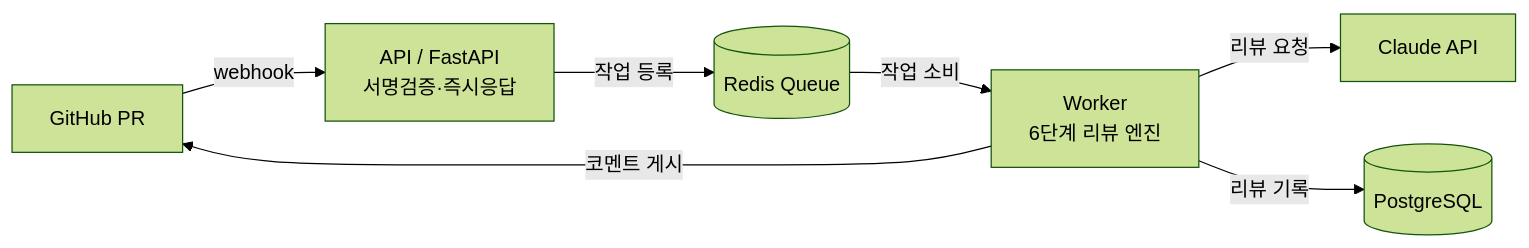
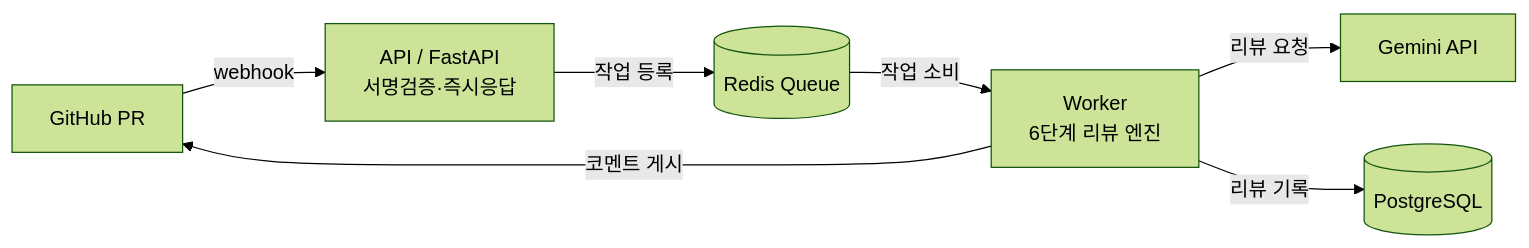
One commit to SkyWith628/codesage changed the first of 2 diagrams in README.md. Above: the diagram before and after it, drawn with Mermaid (forest theme). The commit also changed other lines of this file and 6 other files, not shown here.

First line of the commit message:
feat: LLM 백엔드 Claude → Gemini 교체 (google-genai)

````diff
--- a/README.md
+++ b/README.md
@@ -27,9 +27,9 @@
 ```mermaid
 flowchart LR
     GH[GitHub PR] -- webhook --> API[API / FastAPI<br/>서명검증·즉시응답]
     API -- 작업 등록 --> Q[(Redis Queue)]
     Q -- 작업 소비 --> W[Worker<br/>6단계 리뷰 엔진]
-    W -- 리뷰 요청 --> C[Claude API]
+    W -- 리뷰 요청 --> C[Gemini API]
     W -- 코멘트 게시 --> GH
     W -- 리뷰 기록 --> DB[(PostgreSQL)]
 ```
````
